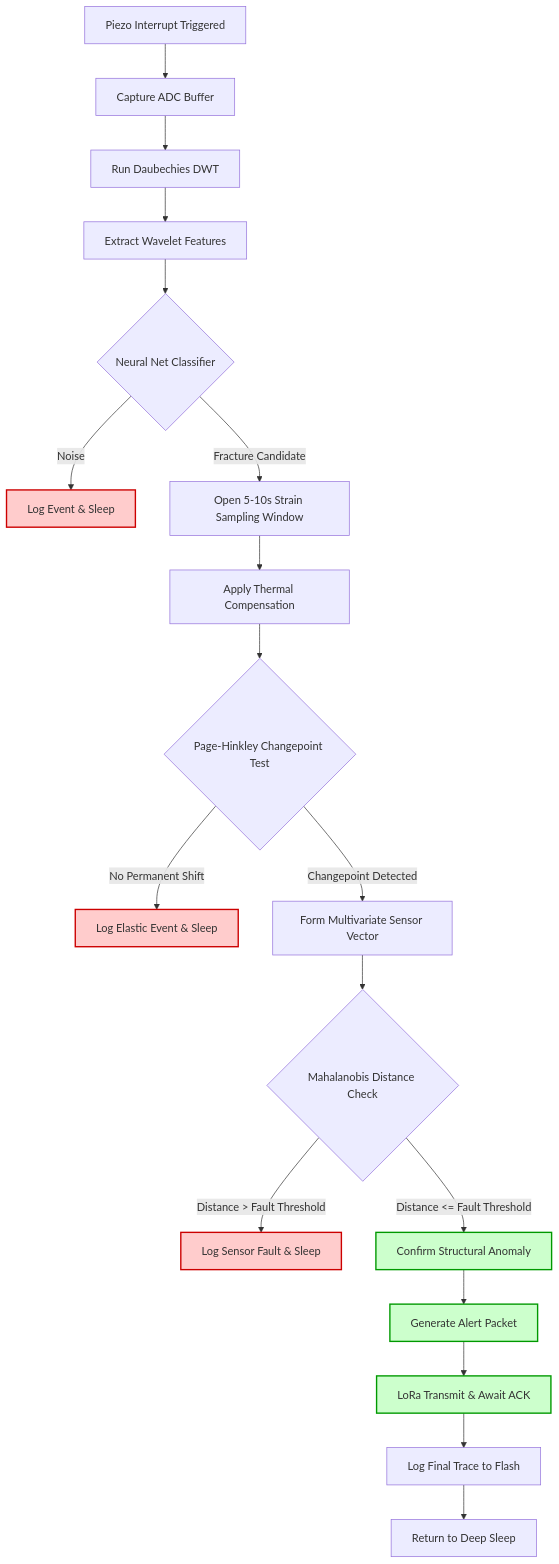
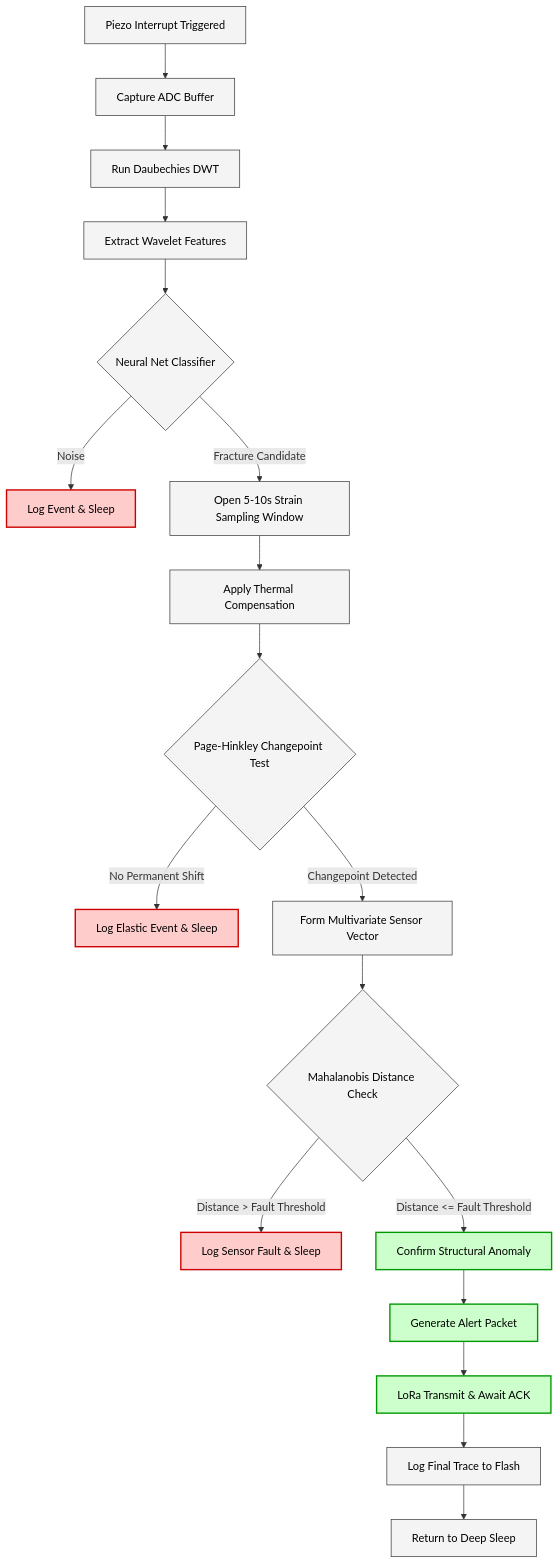
The third of 3 diagrams in Documentation/06_Data_Flow_Pipeline.md (TGLPD/ATF-V2.1-Edge-SHM-Node), drawn with Mermaid before and after one commit.

````diff
--- a/Documentation/06_Data_Flow_Pipeline.md
+++ b/Documentation/06_Data_Flow_Pipeline.md
@@ -125,33 +125,34 @@
 ```mermaid
 flowchart TD
     A[Piezo Interrupt Triggered] --> B[Capture ADC Buffer]
     B --> C[Run Daubechies DWT]
     C --> D[Extract Wavelet Features]
     D --> E{Neural Net Classifier}
     
     E -->|Noise| F[Log Event & Sleep]
     E -->|Fracture Candidate| G[Open 5-10s Strain Sampling Window]
     
     G --> H[Apply Thermal Compensation]
     H --> I{Page-Hinkley Changepoint Test}
     
     I -->|No Permanent Shift| J[Log Elastic Event & Sleep]
     I -->|Changepoint Detected| K[Form Multivariate Sensor Vector]
     
     K --> L{Mahalanobis Distance Check}
     
     L -->|Distance > Fault Threshold| M[Log Sensor Fault & Sleep]
     L -->|Distance <= Fault Threshold| N[Confirm Structural Anomaly]
     
     N --> O[Generate Alert Packet]
     O --> P[LoRa Transmit & Await ACK]
     P --> Q[Log Final Trace to Flash]
     Q --> R[Return to Deep Sleep]
     
-    %% Styling
-    classDef reject fill:#ffcccc,stroke:#cc0000,stroke-width:2px;
-    classDef success fill:#ccffcc,stroke:#009900,stroke-width:2px;
+    %% Styling - Contrast fixed with color:#000
+    classDef default fill:#f4f4f4,stroke:#333,stroke-width:1px,color:#000;
+    classDef reject fill:#ffcccc,stroke:#cc0000,stroke-width:2px,color:#000;
+    classDef success fill:#ccffcc,stroke:#009900,stroke-width:2px,color:#000;
     
     class F,J,M reject;
     class N,O,P success;
 ```
````
